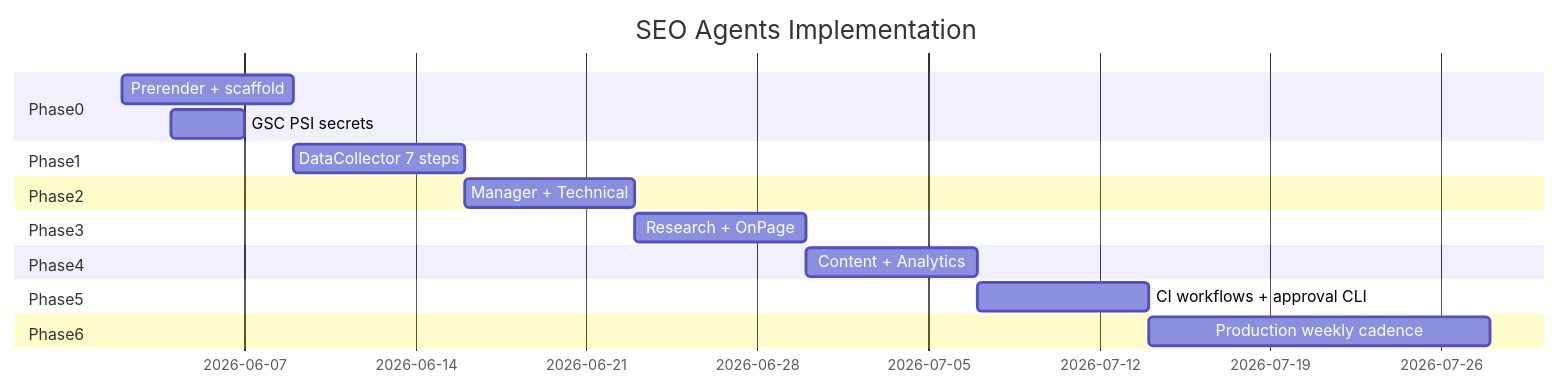
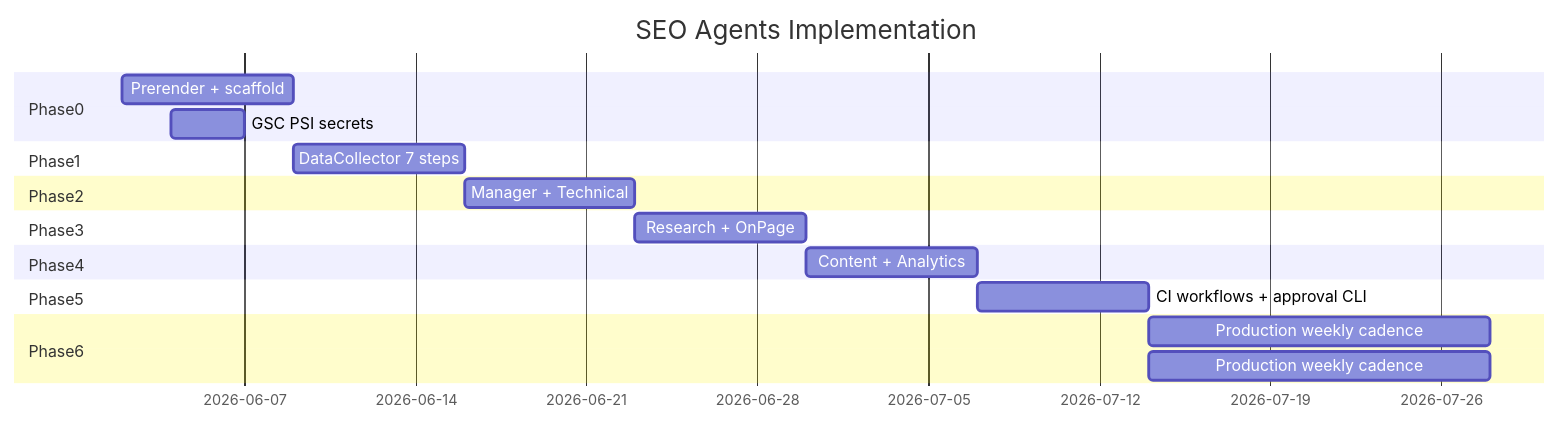
One commit to norvantechnology/JedMee-user changed the sixth of 7 diagrams in docs/SEO_AGENTS_IMPLEMENTATION_PLAN.md. Above: the diagram before and after it, drawn with Mermaid. The commit also changed other lines of this file and 53 other files, not shown here.

````diff
--- a/docs/SEO_AGENTS_IMPLEMENTATION_PLAN.md
+++ b/docs/SEO_AGENTS_IMPLEMENTATION_PLAN.md
@@ -3119,20 +4102,21 @@
 ```mermaid
 gantt
     title SEO Agents Implementation
     dateFormat YYYY-MM-DD
     section Phase0
     Prerender + scaffold           :p0a, 2026-06-02, 7d
     GSC PSI secrets                :p0b, 2026-06-04, 3d
     section Phase1
     DataCollector 7 steps          :p1, after p0a, 7d
     section Phase2
     Manager + Technical            :p2, after p1, 7d
     section Phase3
     Research + OnPage              :p3, after p2, 7d
     section Phase4
     Content + Analytics            :p4, after p3, 7d
     section Phase5
     CI workflows + approval CLI    :p5, after p4, 7d
     section Phase6
     Production weekly cadence      :p6, after p5, 14d
+    Production weekly cadence      :p6, after p5, 14d
 ```
````
